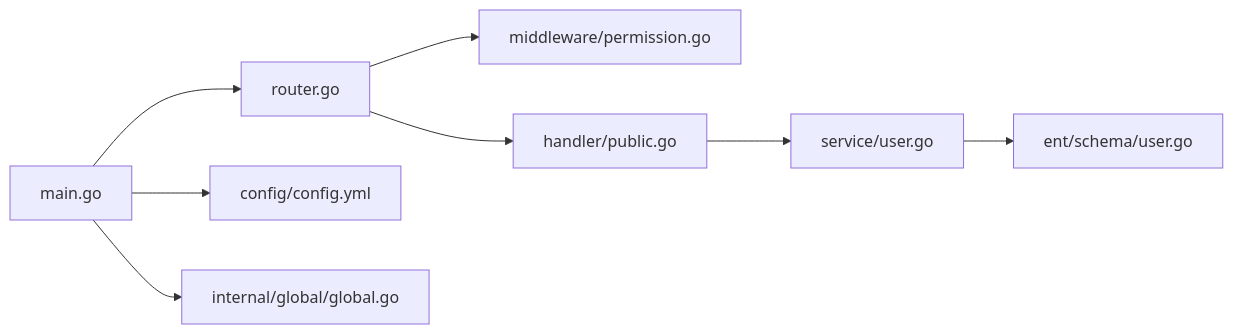
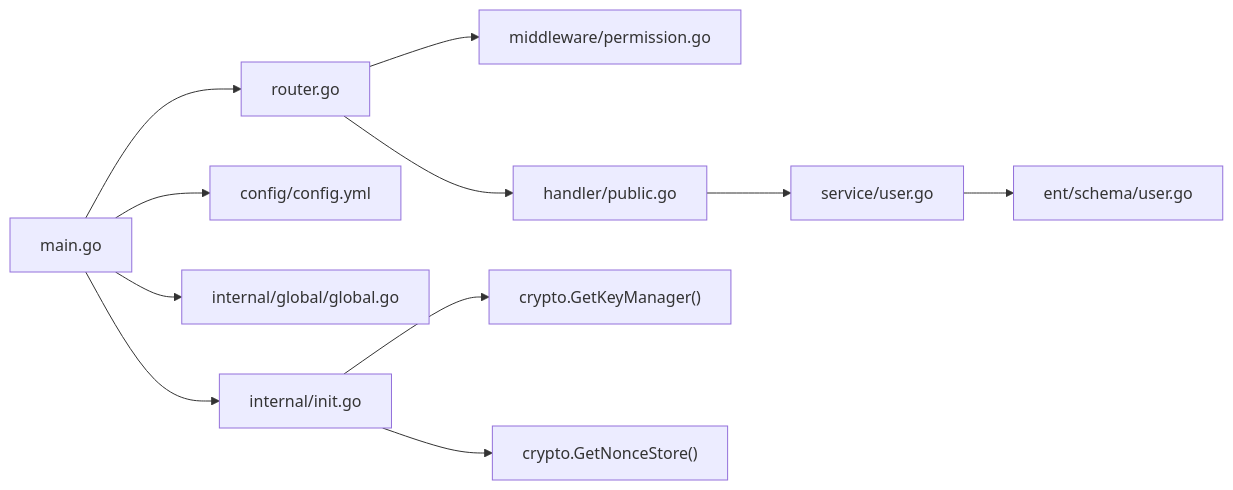
The ninth of 9 diagrams in .qoder/repowiki/zh/content/用户认证系统/用户认证系统.md (wuwuseo/e-sports-go-admin), drawn with Mermaid before and after one commit. The commit also changed other lines of this file and 26 other files, not shown here.

````diff
--- a/.qoder/repowiki/zh/content/用户认证系统/用户认证系统.md
+++ b/.qoder/repowiki/zh/content/用户认证系统/用户认证系统.md
@@ -271,10 +383,13 @@
 ```mermaid
 graph LR
 main_go["main.go"] --> router_go["router.go"]
 router_go --> permission_go["middleware/permission.go"]
 router_go --> public_go["handler/public.go"]
 public_go --> user_service["service/user.go"]
 user_service --> ent_user["ent/schema/user.go"]
 main_go --> config_yml["config/config.yml"]
 main_go --> global_go["internal/global/global.go"]
+main_go --> init_go["internal/init.go"]
+init_go --> crypto_manager["crypto.GetKeyManager()"]
+init_go --> nonce_store["crypto.GetNonceStore()"]
 ```
````
